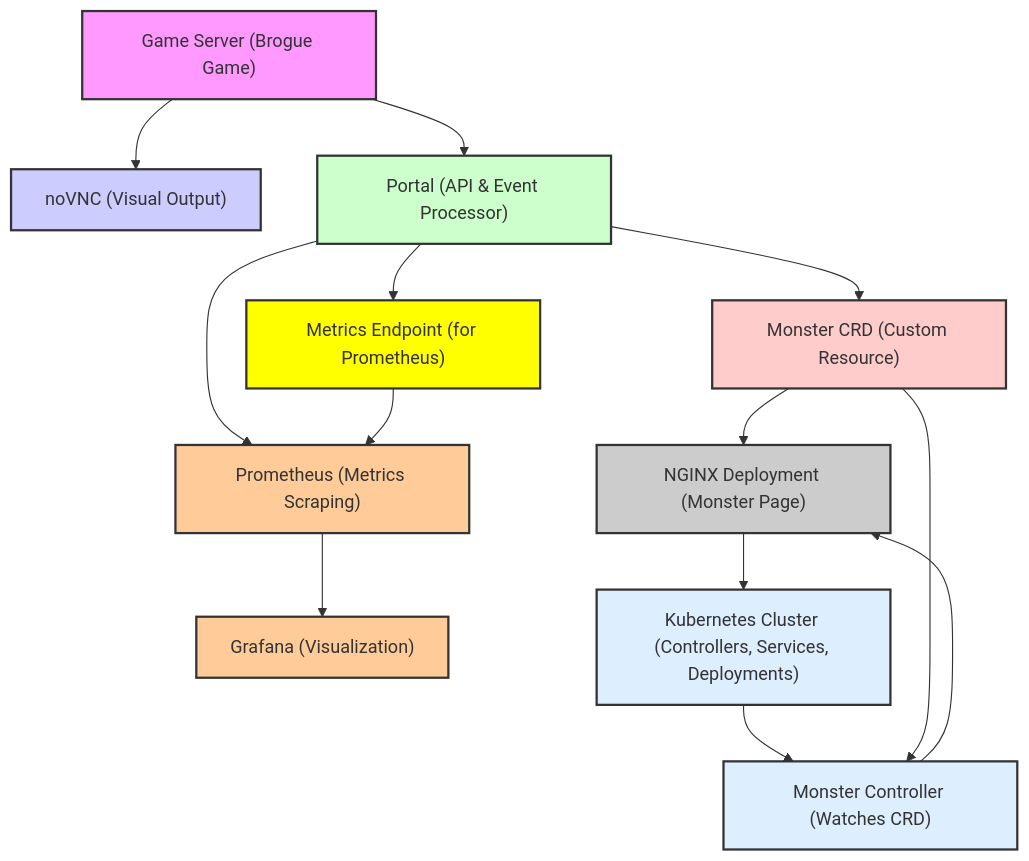
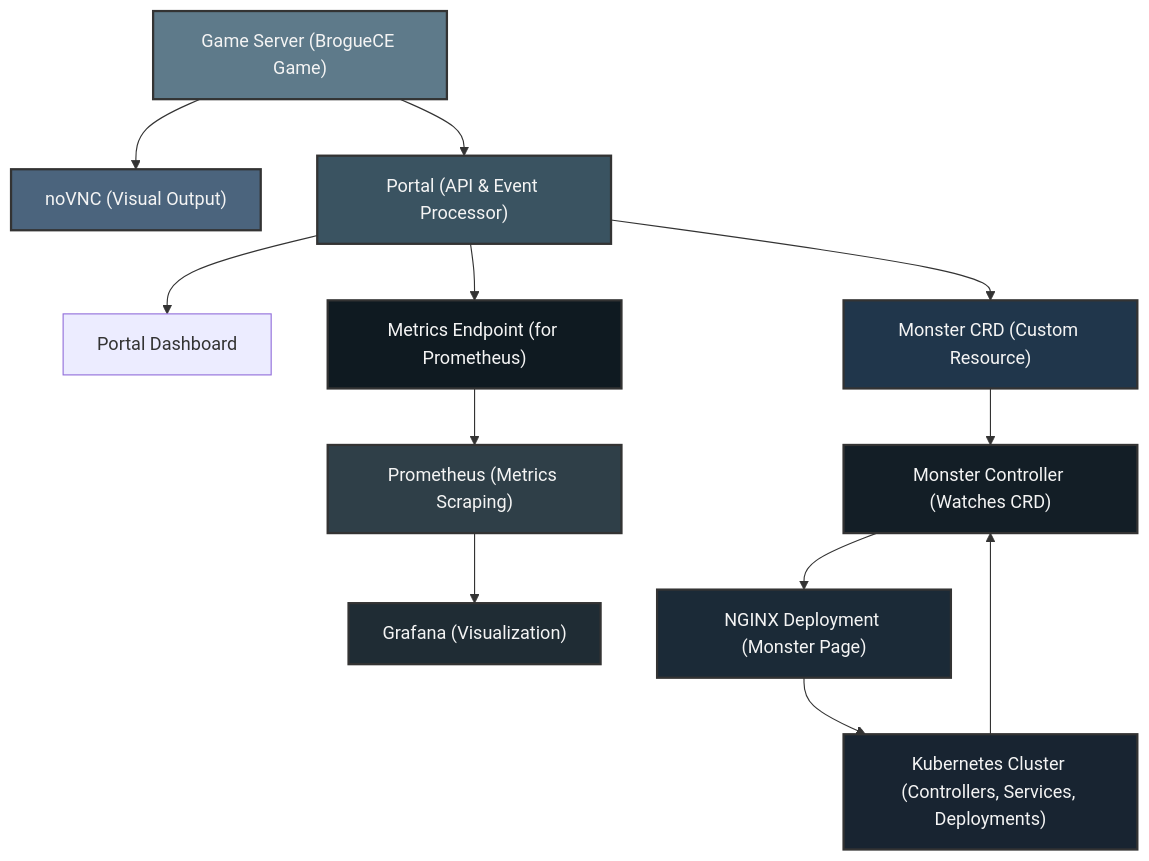
The first of 2 diagrams in README.md (schaeferka/k8s-dungeon-crawl), drawn with Mermaid before and after one commit. The commit also changed other lines of this file, not shown here.

Commit message:
updated readme with diagrams

````diff
--- a/README.md
+++ b/README.md
@@ -126,26 +133,25 @@
 ```mermaid
 graph TD
-    A["`Game Server (Brogue Game)`"] --> B["`noVNC (Visual Output)`"]
+    A["`Game Server (BrogueCE Game)`"] --> B["`noVNC (Visual Output)`"]
     A --> C["`Portal (API & Event Processor)`"]
-    C --> D["`Prometheus (Metrics Scraping)`"]
     D --> E["`Grafana (Visualization)`"]
+    C --> K["`Portal Dashboard`"]
     C --> F["`Monster CRD (Custom Resource)`"]
-    F --> G["`NGINX Deployment (Monster Page)`"]
     G --> H["`Kubernetes Cluster (Controllers, Services, Deployments)`"]
     H --> I["`Monster Controller (Watches CRD)`"]
-    I --> G
+    I --> G["`NGINX Deployment (Monster Page)`"]
     F --> I
     C --> J["`Metrics Endpoint (for Prometheus)`"]
-    J --> D
+    J --> D["`Prometheus (Metrics Scraping)`"]
 
-    style A fill:#f9f,stroke:#333,stroke-width:2px
-    style B fill:#ccf,stroke:#333,stroke-width:2px
-    style C fill:#cfc,stroke:#333,stroke-width:2px
-    style D fill:#ffcc99,stroke:#333,stroke-width:2px
-    style E fill:#ffcc99,stroke:#333,stroke-width:2px
-    style F fill:#fcc,stroke:#333,stroke-width:2px
-    style G fill:#ccc,stroke:#333,stroke-width:2px
-    style H fill:#def,stroke:#333,stroke-width:2px
-    style I fill:#def,stroke:#333,stroke-width:2px
-    style J fill:#ff0,stroke:#333,stroke-width:2px
+    style A fill:#5e7a8a,stroke:#333,stroke-width:2px, color:#f4f4f4
+    style B fill:#4b647d,stroke:#333,stroke-width:2px, color:#f4f4f4
+    style C fill:#3a5361,stroke:#333,stroke-width:2px, color:#f4f4f4
+    style D fill:#2f3f48,stroke:#333,stroke-width:2px, color:#f4f4f4
+    style E fill:#1f2c34,stroke:#333,stroke-width:2px, color:#f4f4f4
+    style F fill:#20364b,stroke:#333,stroke-width:2px, color:#f4f4f4
+    style G fill:#1b2a37,stroke:#333,stroke-width:2px, color:#f4f4f4
+    style H fill:#182431,stroke:#333,stroke-width:2px, color:#f4f4f4
+    style I fill:#131e26,stroke:#333,stroke-width:2px, color:#f4f4f4
+    style J fill:#0f1a21,stroke:#333,stroke-width:2px, color:#f4f4f4
 ```
````
